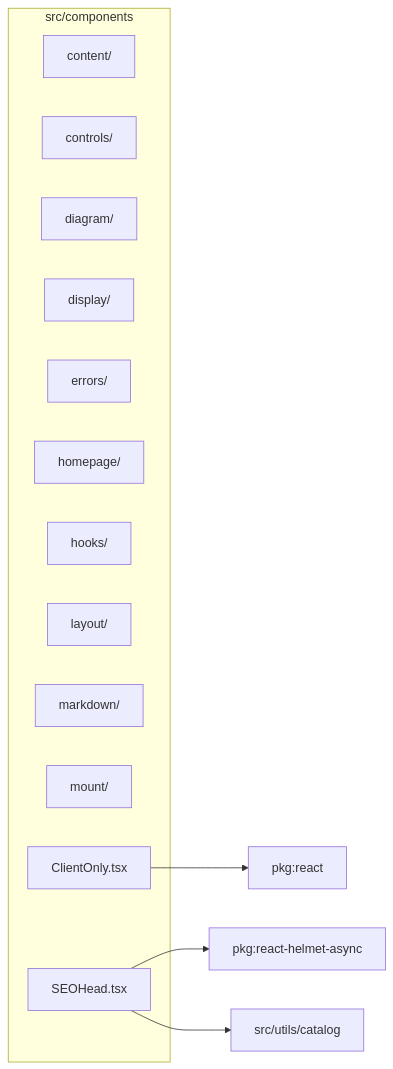
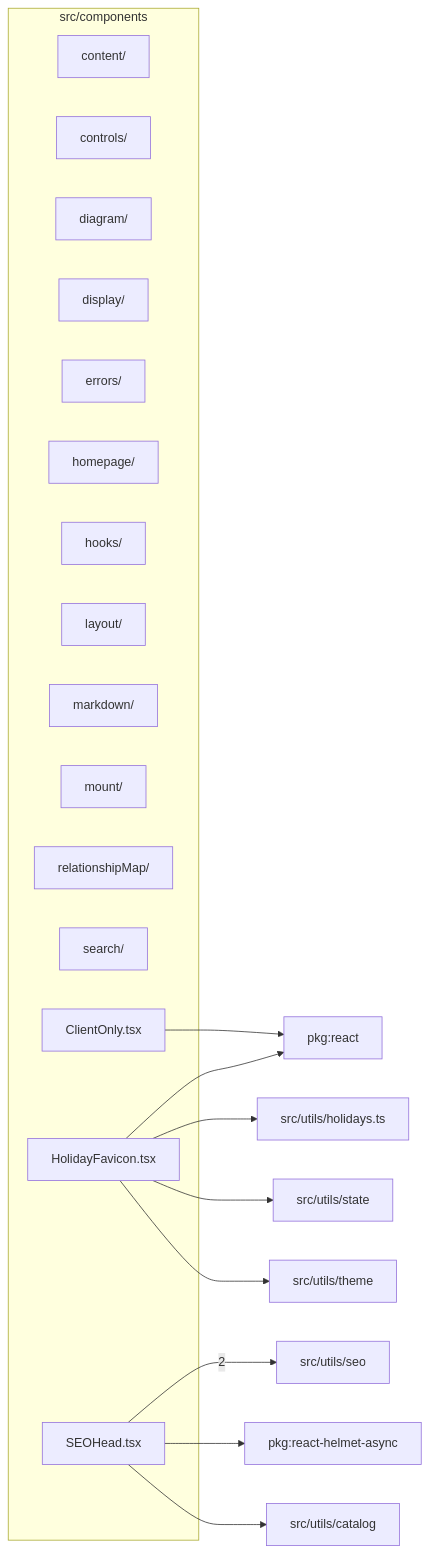
Before and after one commit to ronbuening/LensVisualizer: the diagram in src/components/readme.md, drawn with Mermaid. The commit also changed other lines of this file and 38 other files, not shown here.

````diff
--- a/src/components/readme.md
+++ b/src/components/readme.md
@@ -9,23 +9,35 @@
 ```mermaid
 flowchart LR
   subgraph n_src_components["src/components"]
     n_src_components_src_components_content["content/"]
     n_src_components_src_components_controls["controls/"]
     n_src_components_src_components_diagram["diagram/"]
     n_src_components_src_components_display["display/"]
     n_src_components_src_components_errors["errors/"]
     n_src_components_src_components_homepage["homepage/"]
     n_src_components_src_components_hooks["hooks/"]
     n_src_components_src_components_layout["layout/"]
     n_src_components_src_components_markdown["markdown/"]
     n_src_components_src_components_mount["mount/"]
+    n_src_components_src_components_relationshipMap["relationshipMap/"]
+    n_src_components_src_components_search["search/"]
     n_src_components_src_components_ClientOnly_tsx["ClientOnly.tsx"]
+    n_src_components_src_components_HolidayFavicon_tsx["HolidayFavicon.tsx"]
     n_src_components_src_components_SEOHead_tsx["SEOHead.tsx"]
   end
+  n_external_src_utils_seo["src/utils/seo"]
   n_external_pkg_react["pkg:react"]
   n_external_pkg_react_helmet_async["pkg:react-helmet-async"]
   n_external_src_utils_catalog["src/utils/catalog"]
+  n_external_src_utils_holidays_ts["src/utils/holidays.ts"]
+  n_external_src_utils_state["src/utils/state"]
+  n_external_src_utils_theme["src/utils/theme"]
+  n_src_components_src_components_SEOHead_tsx --> |2| n_external_src_utils_seo
   n_src_components_src_components_ClientOnly_tsx --> n_external_pkg_react
+  n_src_components_src_components_HolidayFavicon_tsx --> n_external_pkg_react
   n_src_components_src_components_SEOHead_tsx --> n_external_pkg_react_helmet_async
   n_src_components_src_components_SEOHead_tsx --> n_external_src_utils_catalog
+  n_src_components_src_components_HolidayFavicon_tsx --> n_external_src_utils_holidays_ts
+  n_src_components_src_components_HolidayFavicon_tsx --> n_external_src_utils_state
+  n_src_components_src_components_HolidayFavicon_tsx --> n_external_src_utils_theme
 ```
````
